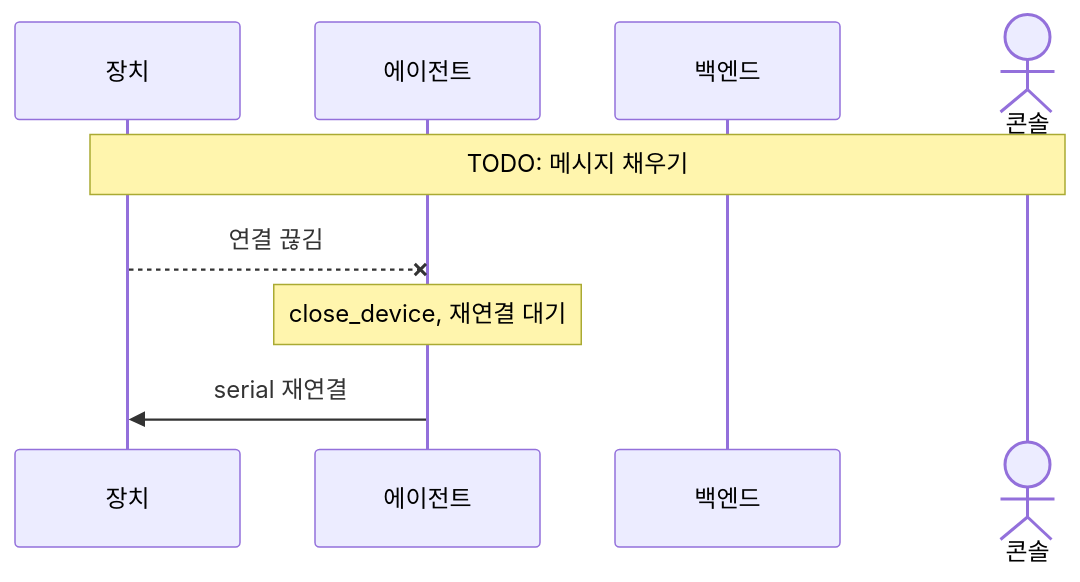
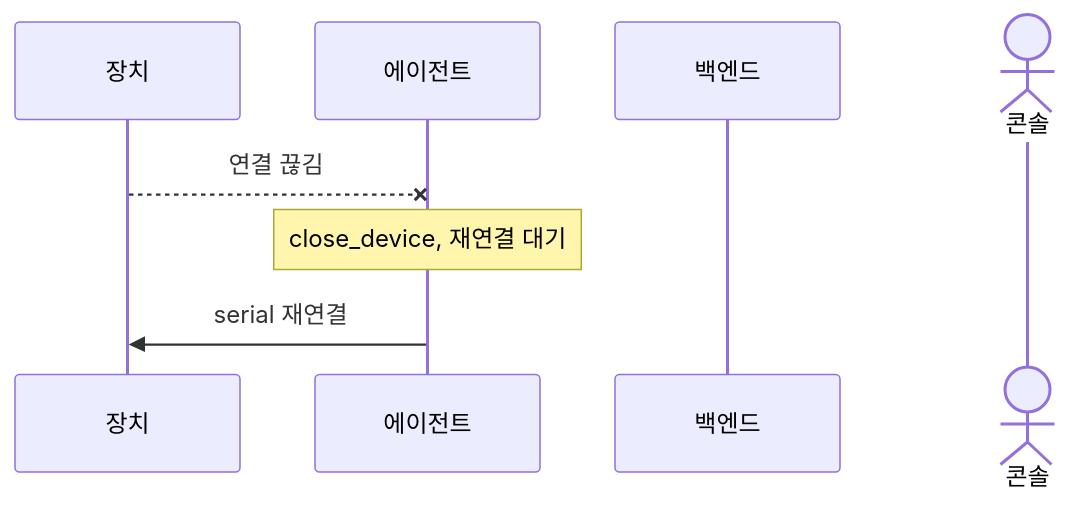
One commit to AlwaysEden/SV-Project changed the eighth of 11 diagrams in docs/seq_diagrams.md. Above: the diagram before and after it, drawn with Mermaid. The commit also changed other lines of this file and 1 other file, not shown here.

Commit message:
docs: 설계문서 추가, 시퀀스 다이어그램 보강

````diff
--- a/docs/seq_diagrams.md
+++ b/docs/seq_diagrams.md
@@ -139,12 +192,11 @@
 ```mermaid
 sequenceDiagram
     participant Device as 장치
     participant Agent as 에이전트
     participant Backend as 백엔드
     actor Console as 콘솔
 
-    Note over Console, Device: TODO: 메시지 채우기
     Device--xAgent: 연결 끊김
     Note over Agent: close_device, 재연결 대기
     Agent->>Device: serial 재연결
 ```
````
